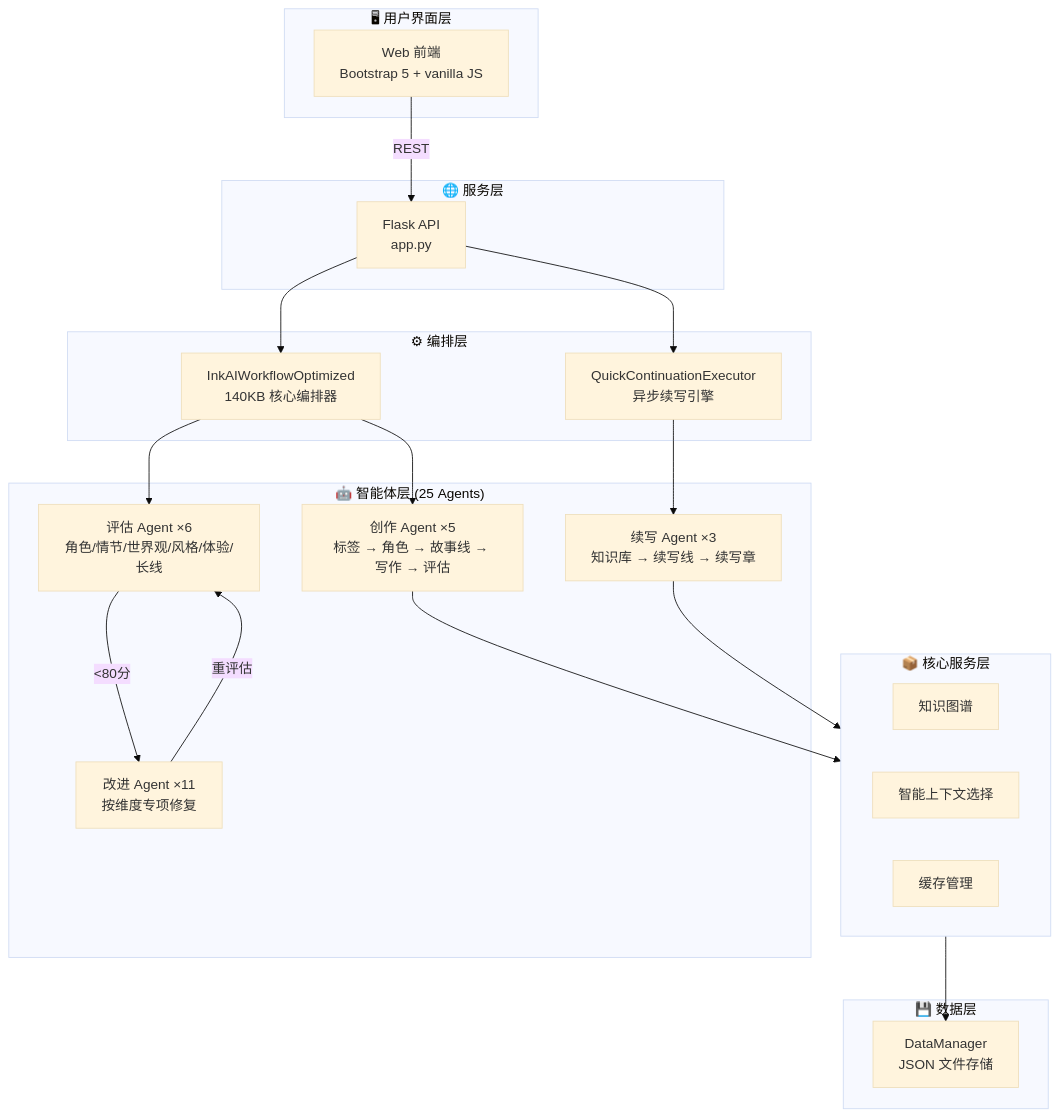
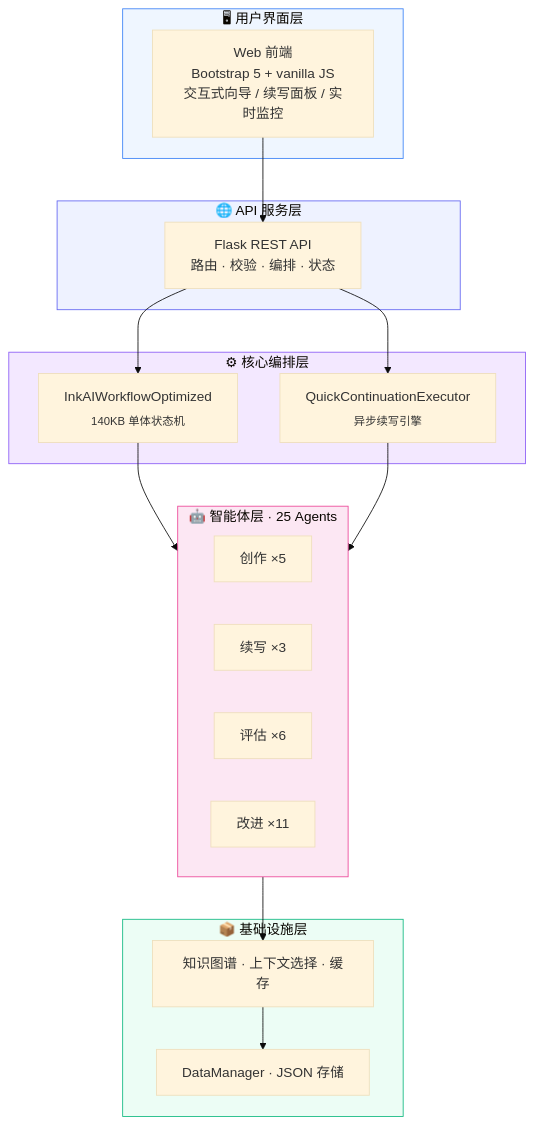
The second of 3 diagrams in README.md (graceGZX/InkAI-gzx), drawn with Mermaid (base theme) before and after one commit. The commit also changed other lines of this file, not shown here.

Commit message:
docs: premium visual redesign — dynamic header, color-coded Mermaid, stat counters, responsive tables

````diff
--- a/README.md
+++ b/README.md
@@ -67,44 +73,42 @@
 ```mermaid
 graph TB
-    subgraph UI["🖥 用户界面层"]
-        WEB["Web 前端<br/>Bootstrap 5 + vanilla JS"]
+    subgraph L1["&nbsp;&nbsp;🖥 用户界面层&nbsp;&nbsp;"]
+        WEB["Web 前端<br/>Bootstrap 5 + vanilla JS<br/>交互式向导 / 续写面板 / 实时监控"]
     end
 
-    subgraph API["🌐 服务层"]
-        FLASK["Flask API<br/>app.py"]
+    subgraph L2["&nbsp;&nbsp;🌐 API 服务层&nbsp;&nbsp;"]
+        FLASK["Flask REST API<br/>路由 · 校验 · 编排 · 状态"]
     end
 
-    subgraph ORCH["⚙ 编排层"]
-        WF["InkAIWorkflowOptimized<br/>140KB 核心编排器"]
-        QCE["QuickContinuationExecutor<br/>异步续写引擎"]
+    subgraph L3["&nbsp;&nbsp;⚙ 核心编排层&nbsp;&nbsp;"]
+        WF["InkAIWorkflowOptimized<br/><sub>140KB 单体状态机</sub>"]
+        QCE["QuickContinuationExecutor<br/><sub>异步续写引擎</sub>"]
     end
 
-    subgraph AGENTS["🤖 智能体层 (25 Agents)"]
-        CREATION["创作 Agent ×5<br/>标签 → 角色 → 故事线 → 写作 → 评估"]
-        CONT["续写 Agent ×3<br/>知识库 → 续写线 → 续写章"]
-        ASSESS["评估 Agent ×6<br/>角色/情节/世界观/风格/体验/长线"]
-        IMPROVE["改进 Agent ×11<br/>按维度专项修复"]
+    subgraph L4["&nbsp;&nbsp;🤖 智能体层 · 25 Agents&nbsp;&nbsp;"]
+        direction LR
+        A1["创作 ×5"]
+        A2["续写 ×3"]
+        A3["评估 ×6"]
+        A4["改进 ×11"]
     end
 
-    subgraph CORE["📦 核心服务层"]
-        KM["知识图谱"]
-        CTX["智能上下文选择"]
-        CACHE["缓存管理"]
+    subgraph L5["&nbsp;&nbsp;📦 基础设施层&nbsp;&nbsp;"]
+        CORE["知识图谱 · 上下文选择 · 缓存"]
+        DATA["DataManager · JSON 存储"]
     end
 
-    subgraph DATA["💾 数据层"]
-        DM["DataManager<br/>JSON 文件存储"]
-    end
-
-    WEB -->|"REST"| FLASK
+    WEB --> FLASK
     FLASK --> WF
     FLASK --> QCE
-    WF --> CREATION
-    WF --> ASSESS
-    QCE --> CONT
-    ASSESS -->|"&lt;80分"| IMPROVE
-    IMPROVE -->|"重评估"| ASSESS
-    CREATION --> CORE
-    CONT --> CORE
-    CORE --> DM
+    WF --> L4
+    QCE --> L4
+    L4 --> CORE
+    CORE --> DATA
+
+    style L1 fill:#EFF6FF,stroke:#3B82F6
+    style L2 fill:#EEF2FF,stroke:#6366F1
+    style L3 fill:#F3E8FF,stroke:#8B5CF6
+    style L4 fill:#FCE7F3,stroke:#EC4899
+    style L5 fill:#ECFDF5,stroke:#10B981
 ```
````
